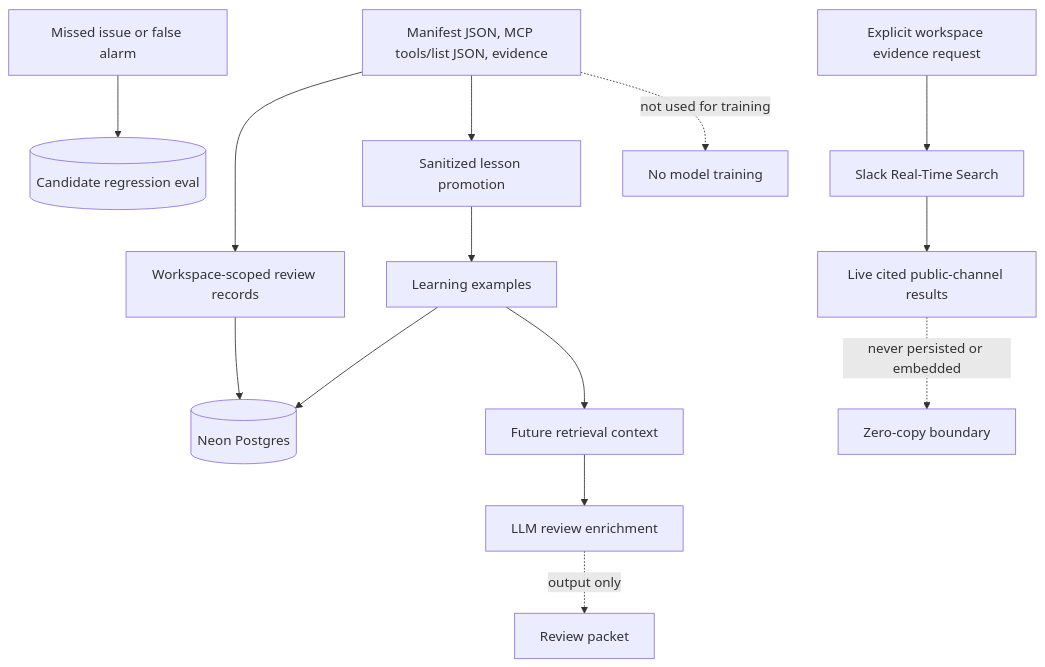
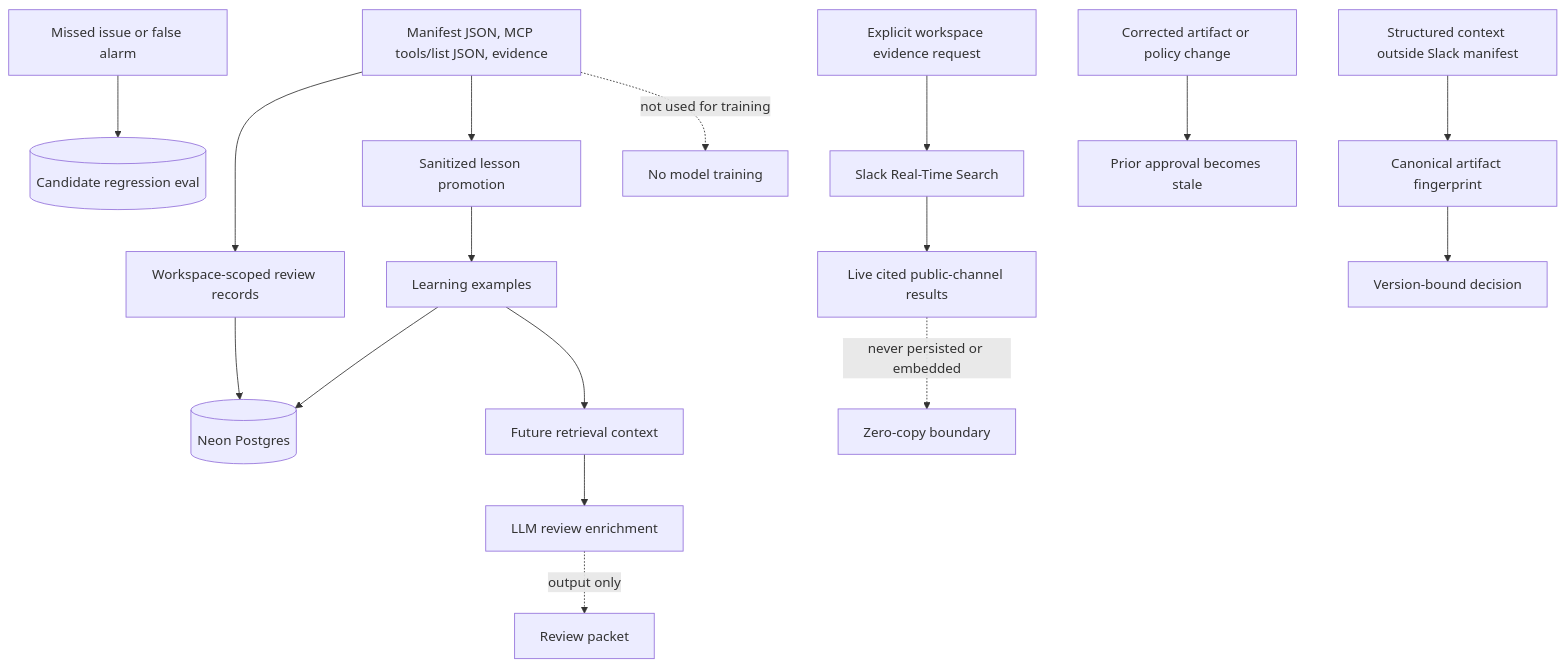
The third of 5 diagrams in ARCHITECTURE.md (N-45div/SecureLore), drawn with Mermaid before and after one commit. The commit also changed other lines of this file and 5 other files, not shown here.

Commit message:
test: cover policy evidence and approval drift

````diff
--- a/ARCHITECTURE.md
+++ b/ARCHITECTURE.md
@@ -60,16 +63,19 @@
 ```mermaid
 flowchart TB
   Inputs[Manifest JSON, MCP tools/list JSON, evidence] --> ReviewData[Workspace-scoped review records]
   ReviewData --> Neon[(Neon Postgres)]
   Inputs --> Redaction[Sanitized lesson promotion]
   Redaction --> Learned[Learning examples]
   Learned --> Neon
   Learned --> Retrieval[Future retrieval context]
   Feedback[Missed issue or false alarm] --> Eval[(Candidate regression eval)]
   Retrieval --> LLM[LLM review enrichment]
   Inputs -. not used for training .-> NoTraining[No model training]
   LLM -. output only .-> ReviewPacket[Review packet]
   UserQuery[Explicit workspace evidence request] --> RTS[Slack Real-Time Search]
   RTS --> LiveResults[Live cited public-channel results]
   LiveResults -. never persisted or embedded .-> NoCopy[Zero-copy boundary]
+  ReviewContext[Structured context outside Slack manifest] --> Fingerprint[Canonical artifact fingerprint]
+  Fingerprint --> Decision[Version-bound decision]
+  Changed[Corrected artifact or policy change] --> Stale[Prior approval becomes stale]
 ```
````
